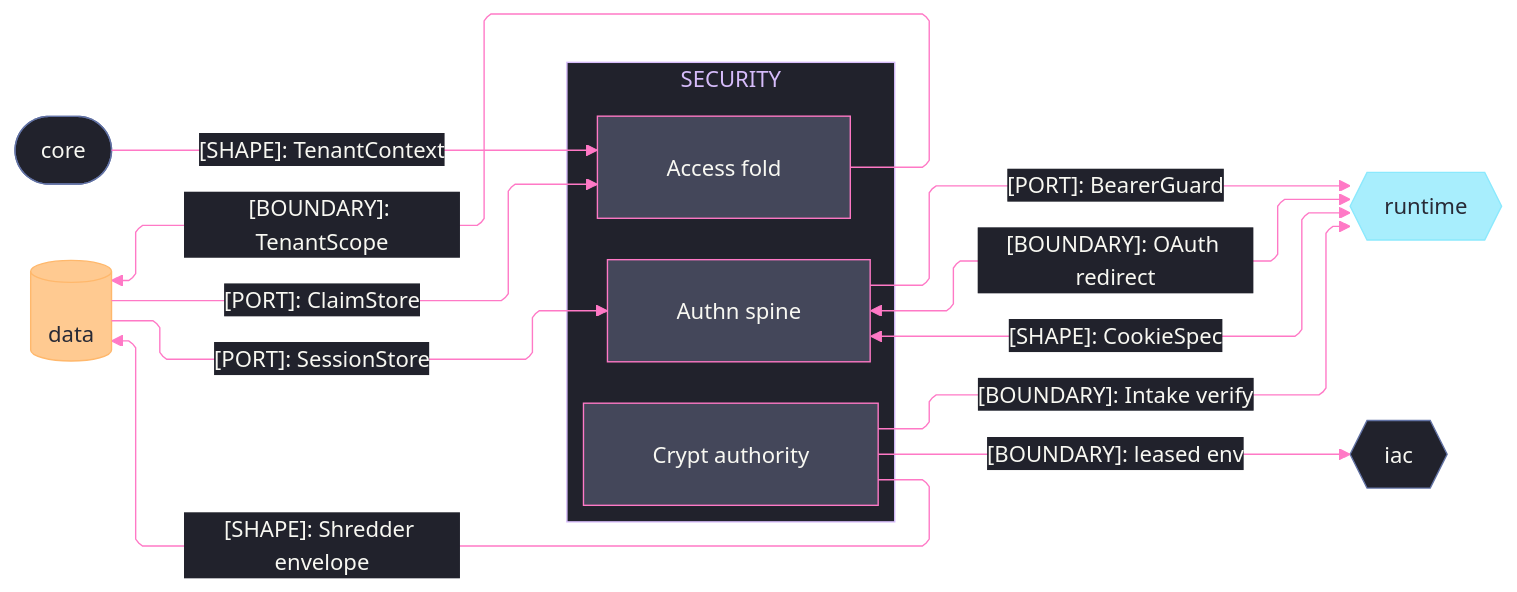
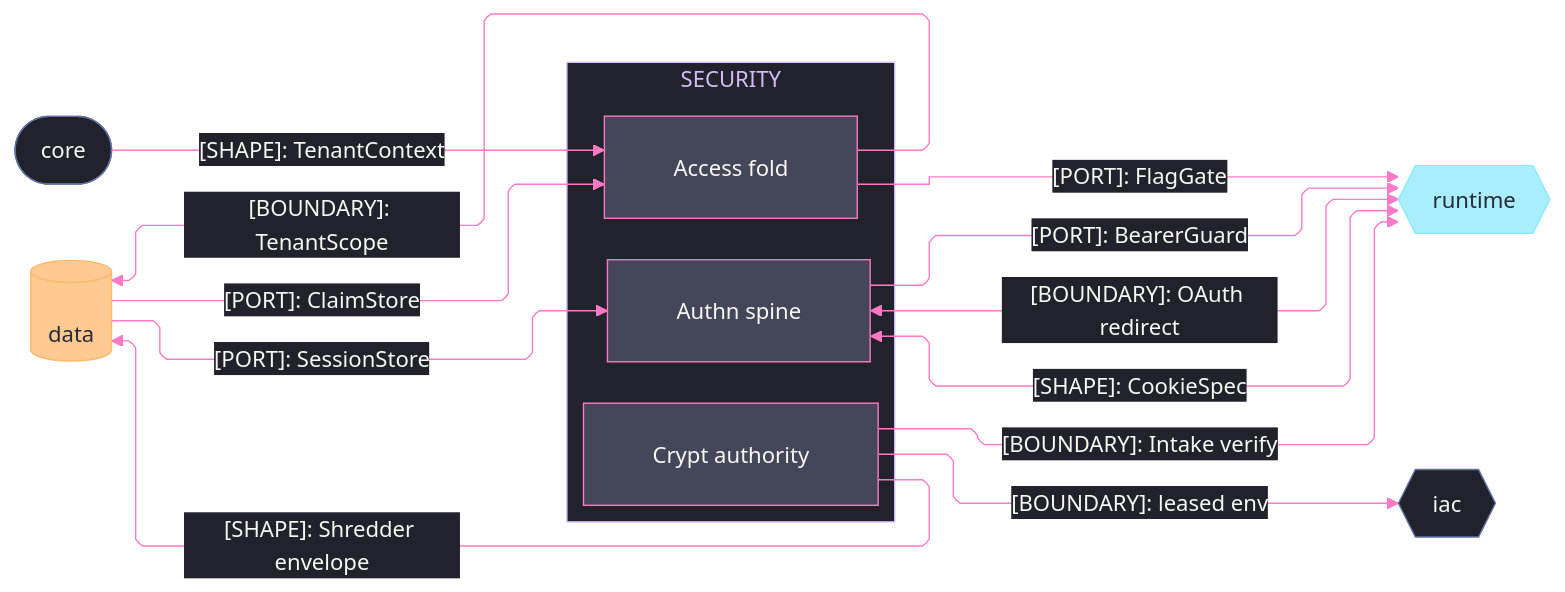
Before and after one commit to bsamiee/Rasm: the diagram in libs/typescript/security/ARCHITECTURE.md, drawn with Mermaid. The commit also changed other lines of this file and 441 other files, not shown here.

````diff
--- a/libs/typescript/security/ARCHITECTURE.md
+++ b/libs/typescript/security/ARCHITECTURE.md
@@ -26,60 +26,61 @@
 ```mermaid
 ---
 config:
   theme: base
   look: classic
   layout: elk
   flowchart:
     curve: linear
     padding: 25
   themeVariables:
     darkMode: true
     fontFamily: "SF Mono, Menlo, Cascadia Mono, Segoe UI Mono, Consolas, monospace"
     useGradient: false
     dropShadow: "none"
     background: "#282A36"
     primaryColor: "#44475A"
     primaryTextColor: "#F8F8F2"
     primaryBorderColor: "#BD93F9"
     lineColor: "#FF79C6"
     textColor: "#F8F8F2"
     clusterBkg: "#21222C"
     clusterBorder: "#D6BCFA"
     edgeLabelBackground: "#21222C"
     labelBackgroundColor: "#21222C"
     titleColor: "#D6BCFA"
   themeCSS: ".nodeLabel{font-size:13px;font-weight:500}.edgeLabel{font-size:12px;font-weight:500}.cluster-label .nodeLabel{font-size:13.5px;font-weight:700;letter-spacing:.08em}.edge-thickness-normal{stroke-width:2px}.edge-thickness-thick{stroke-width:3px}.edge-pattern-dashed,.edge-pattern-dotted{stroke-width:1.5px;stroke-dasharray:4 6}.node rect,.node circle,.node polygon,.node path,.node .outer-path{stroke-width:1.5px;filter:none!important}.cluster rect{stroke-width:1px!important;stroke-dasharray:5 4!important;filter:none!important}.marker path{transform:scale(.8);transform-origin:5px 5px}.marker circle{transform:scale(.48);transform-origin:5px 5px}.edgeLabel rect{transform-box:fill-box;transform-origin:center;transform:scale(1.1,1.2)}"
 ---
 flowchart LR
     accTitle: Security package seam registry
     accDescr: Security sub-domain owners exchanging identity, custody, and tenancy contracts with the core, data, runtime, and IaC packages, edge rails colored by kind and nodes classed by seam direction.
     subgraph security[SECURITY]
         Crypt[Crypt authority]
         Authn[Authn spine]
         Access[Access fold]
     end
     Core([core])
     Data[(data)]
     Runtime{{runtime}}
     Iac{{iac}}
     Core e1@-->|"[SHAPE]: TenantContext"| Access
     Data e2@-->|"[PORT]: ClaimStore"| Access
     Access e3@-->|"[BOUNDARY]: TenantScope"| Data
     Data e4@-->|"[PORT]: SessionStore"| Authn
     Authn e5@-->|"[PORT]: BearerGuard"| Runtime
     Authn e6@<-->|"[BOUNDARY]: OAuth redirect"| Runtime
     Authn e7@<-->|"[SHAPE]: CookieSpec"| Runtime
     Crypt e8@-->|"[SHAPE]: Shredder envelope"| Data
     Crypt e9@-->|"[BOUNDARY]: Intake verify"| Runtime
     Crypt e10@-->|"[BOUNDARY]: leased env"| Iac
+    Access e11@-->|"[PORT]: FlagGate"| Runtime
     classDef primary fill:#44475A,stroke:#FF79C6,color:#F8F8F2
     classDef external fill:#8BE9FDBF,stroke:#8BE9FD,color:#282A36
     classDef data fill:#FFB86CBF,stroke:#FFB86C,color:#282A36
     classDef annotation fill:#21222C,stroke:#6272A4,color:#F8F8F2
     classDef edgeControl stroke:#FF79C6,color:#F8F8F2
     class Crypt,Authn,Access primary
     class Runtime external
     class Data data
     class Core,Iac annotation
-    class e1,e2,e3,e4,e5,e6,e7,e8,e9,e10 edgeControl
+    class e1,e2,e3,e4,e5,e6,e7,e8,e9,e10,e11 edgeControl
 ```
````
